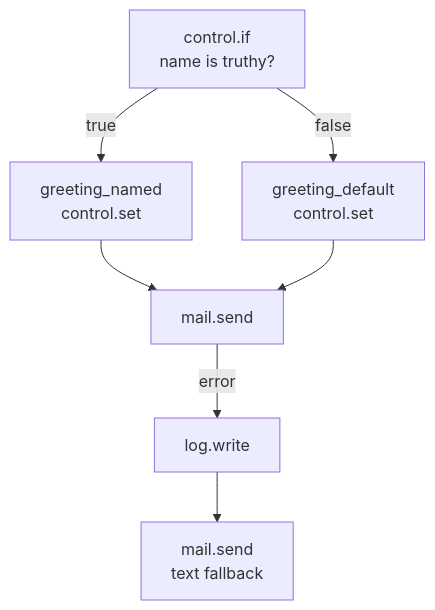
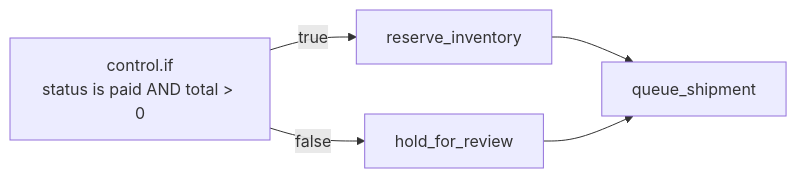
The first of 8 diagrams in apps/docs/flows/control-flow.mdx (sillohq/pawabase), drawn with Mermaid before and after one commit. The commit also changed other lines of this file and 128 other files, not shown here.

````diff
--- a/apps/docs/flows/control-flow.mdx
+++ b/apps/docs/flows/control-flow.mdx
@@ -57,9 +146,7 @@
 ```mermaid
-flowchart TB
-  A["control.if<br/>name is truthy?"] -->|"true"| B["greeting_named<br/>control.set"]
-  A -->|"false"| C["greeting_default<br/>control.set"]
-  B --> D["mail.send"]
+flowchart LR
+  A["control.if<br/>status is paid AND total &gt; 0"] -->|true| B[reserve_inventory]
+  A -->|false| C[hold_for_review]
+  B --> D[queue_shipment]
   C --> D
-  D -->|"error"| E["log.write"]
-  E --> F["mail.send<br/>text fallback"]
 ```
````
